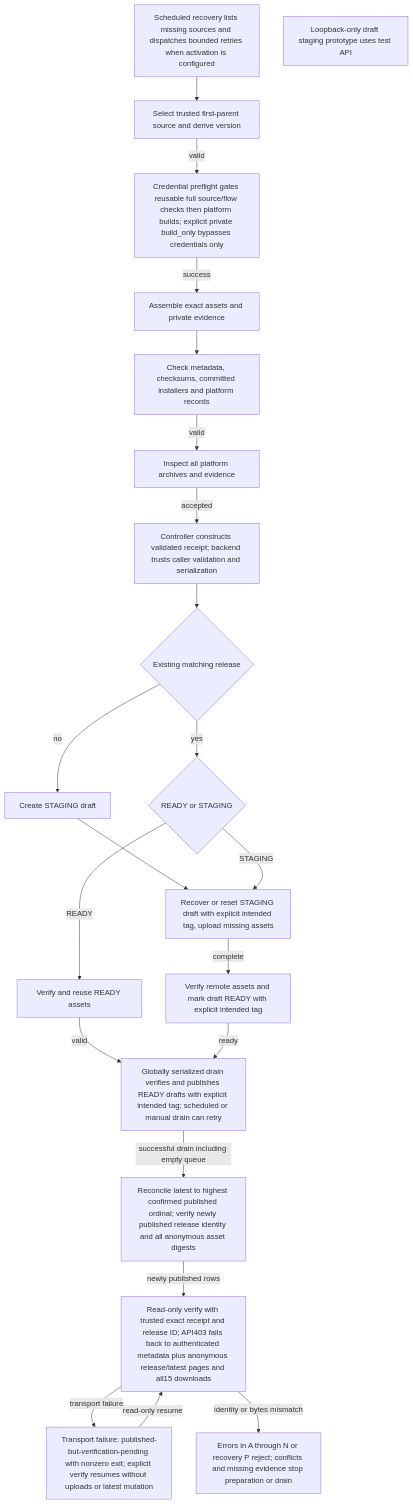
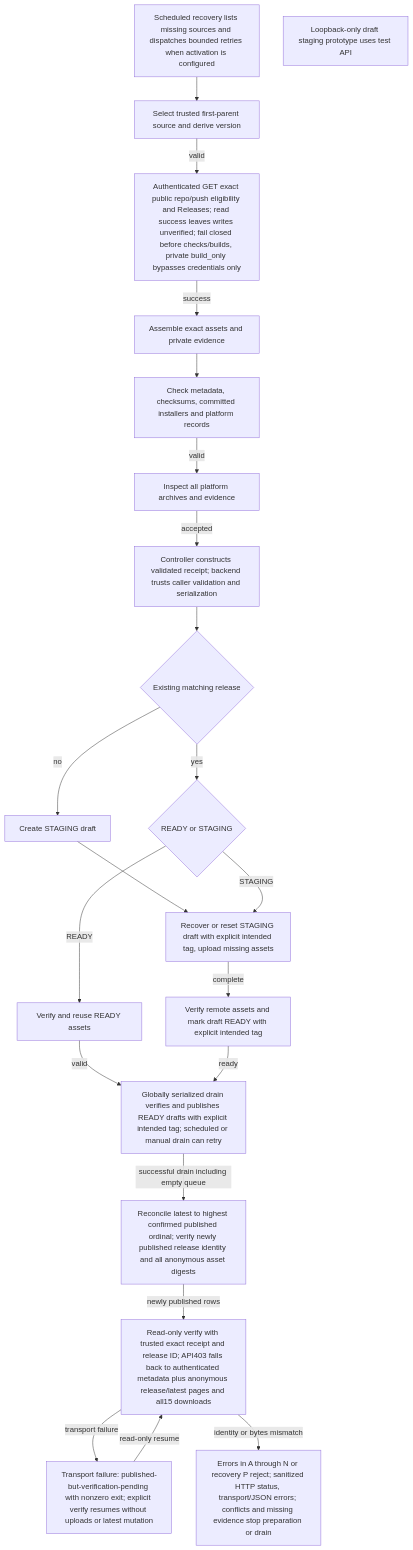
One commit to KarlSideProjects/hwmonitor-mqtt changed the diagram in docs/flows/sender.release-orchestration.mmd. Above: the diagram before and after it, drawn with Mermaid. The commit also changed 7 other files, not shown here.

Commit message:
fix: validate publisher reads before Sender builds

```diff
--- a/docs/flows/sender.release-orchestration.mmd
+++ b/docs/flows/sender.release-orchestration.mmd
@@ -1,40 +1,40 @@
 flowchart TD
     A["Select trusted first-parent source and derive version"]
-    B["Credential preflight gates reusable full source/flow checks then platform builds; explicit private build_only bypasses credentials only"]
+    B["Authenticated GET exact public repo/push eligibility and Releases; read success leaves writes unverified; fail closed before checks/builds, private build_only bypasses credentials only"]
     C["Assemble exact assets and private evidence"]
     D["Check metadata, checksums, committed installers and platform records"]
     E["Inspect all platform archives and evidence"]
     F["Controller constructs validated receipt; backend trusts caller validation and serialization"]
     G{"Existing matching release"}
     H["Create STAGING draft"]
     I{"READY or STAGING"}
     J["Verify and reuse READY assets"]
     K["Recover or reset STAGING draft with explicit intended tag, upload missing assets"]
     L["Verify remote assets and mark draft READY with explicit intended tag"]
     M["Globally serialized drain verifies and publishes READY drafts with explicit intended tag; scheduled or manual drain can retry"]
     N["Reconcile latest to highest confirmed published ordinal; verify newly published release identity and all anonymous asset digests"]
-    O["Errors in A through N or recovery P reject; conflicts and missing evidence stop preparation or drain"]
+    O["Errors in A through N or recovery P reject; sanitized HTTP status, transport/JSON errors; conflicts and missing evidence stop preparation or drain"]
     P["Scheduled recovery lists missing sources and dispatches bounded retries when activation is configured"]
     Q["Loopback-only draft staging prototype uses test API"]
     A -->|valid| B
     B -->|success| C
     C --> D
     D -->|valid| E
     E -->|accepted| F
     F --> G
     G -->|no| H
     G -->|yes| I
     H --> K
     I -->|READY| J
     I -->|STAGING| K
     J -->|valid| M
     K -->|complete| L
     L -->|ready| M
     M -->|successful drain including empty queue| N
     R["Read-only verify with trusted exact receipt and release ID; API403 falls back to authenticated metadata plus anonymous release/latest pages and all15 downloads"]
     S["Transport failure: published-but-verification-pending with nonzero exit; explicit verify resumes without uploads or latest mutation"]
     N -->|newly published rows| R
     R -->|transport failure| S
     R -->|identity or bytes mismatch| O
     S -->|read-only resume| R
     P --> A
```
